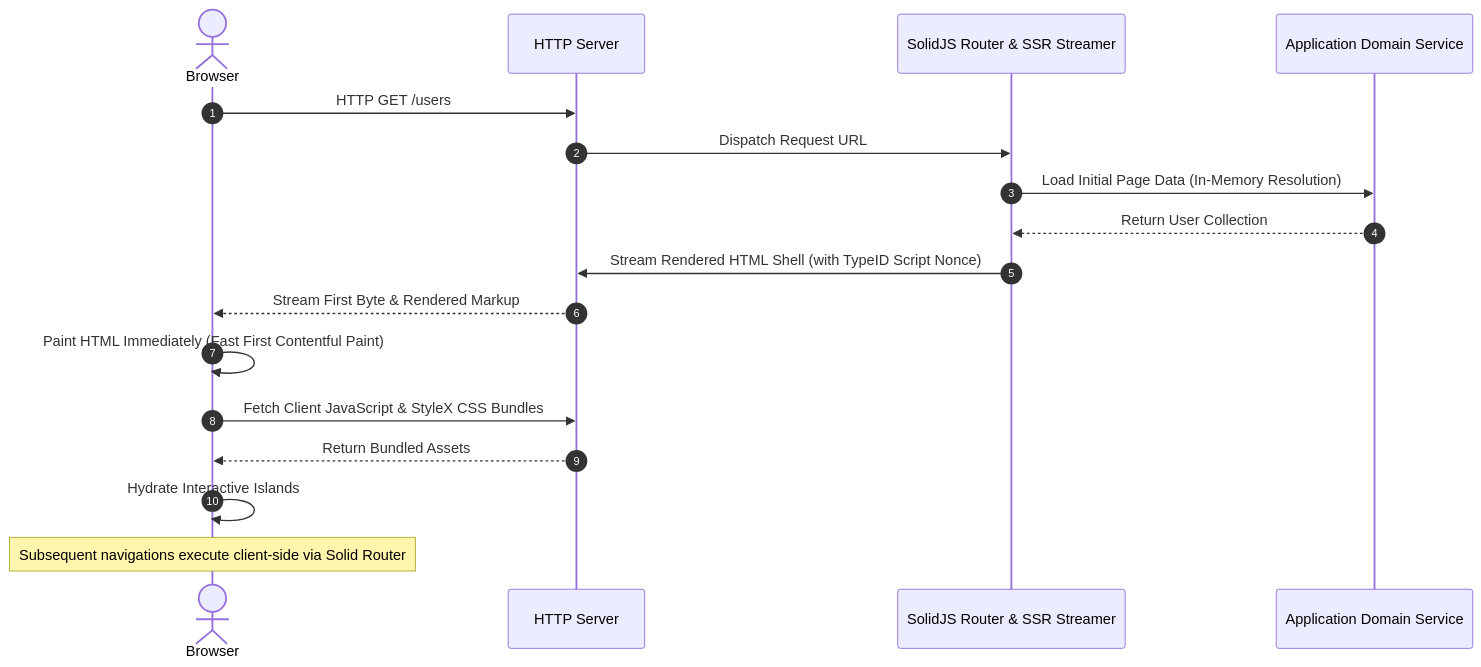
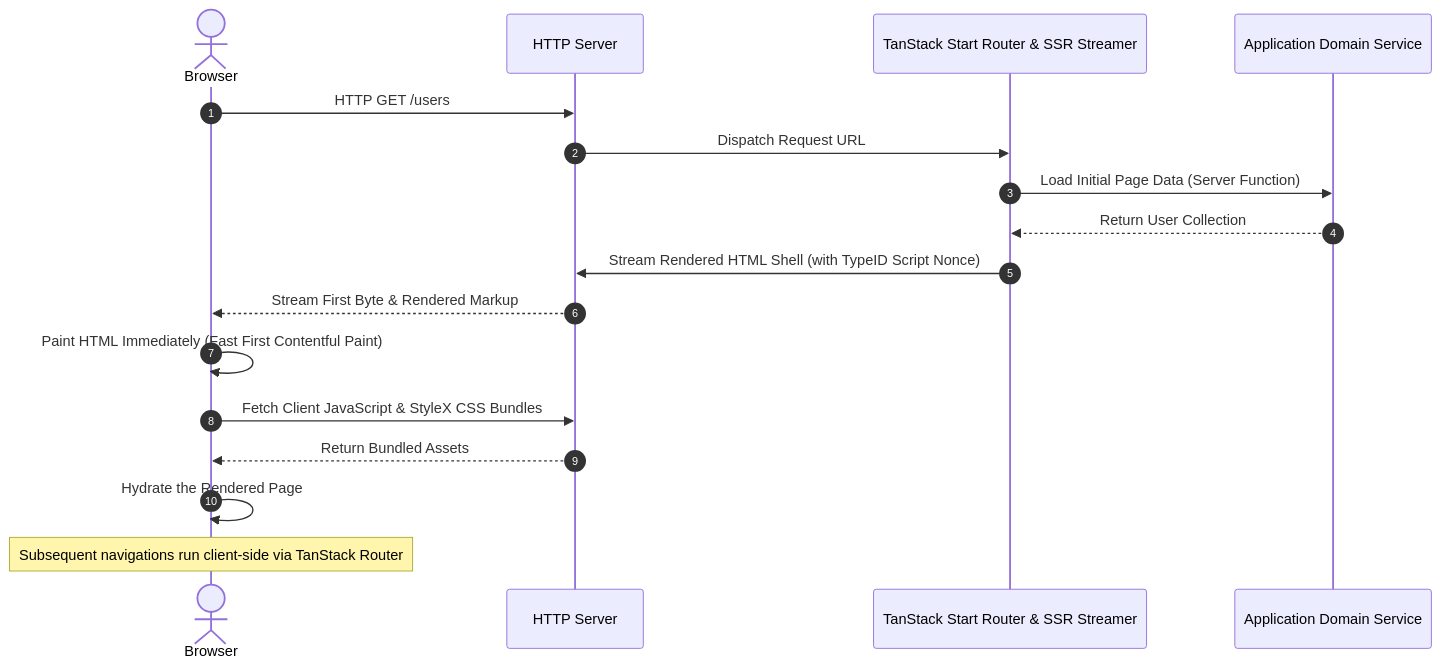
One commit to riipandi/edgy changed the diagram in docs/development.md. Above: the diagram before and after it, drawn with Mermaid. The commit also changed other lines of this file and 9 other files, not shown here.

Commit message:
docs: record the React and TanStack Start page boundary

````diff
--- a/docs/development.md
+++ b/docs/development.md
@@ -42,20 +42,20 @@
 ```mermaid
 sequenceDiagram
     autonumber
     actor Browser
     participant Server as HTTP Server
-    participant Router as SolidJS Router & SSR Streamer
+    participant Router as TanStack Start Router & SSR Streamer
     participant Service as Application Domain Service
 
     Browser->>Server: HTTP GET /users
     Server->>Router: Dispatch Request URL
-    Router->>Service: Load Initial Page Data (In-Memory Resolution)
+    Router->>Service: Load Initial Page Data (Server Function)
     Service-->>Router: Return User Collection
     Router->>Server: Stream Rendered HTML Shell (with TypeID Script Nonce)
     Server-->>Browser: Stream First Byte & Rendered Markup
     Browser->>Browser: Paint HTML Immediately (Fast First Contentful Paint)
     Browser->>Server: Fetch Client JavaScript & StyleX CSS Bundles
     Server-->>Browser: Return Bundled Assets
-    Browser->>Browser: Hydrate Interactive Islands
-    Note over Browser: Subsequent navigations execute client-side via Solid Router
+    Browser->>Browser: Hydrate the Rendered Page
+    Note over Browser: Subsequent navigations run client-side via TanStack Router
 ```
````
